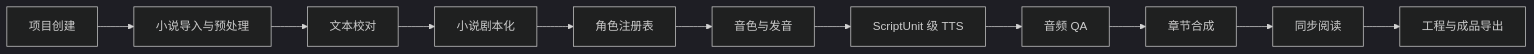
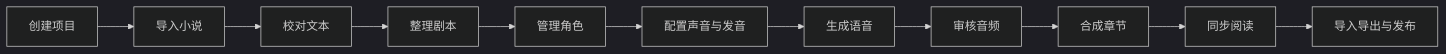
The diagram in README.md (ljwzz/VoxWeaver), drawn with Mermaid (dark theme) before and after one commit. The commit also changed other lines of this file and 19 other files, not shown here.

````diff
--- a/README.md
+++ b/README.md
@@ -7,13 +7,13 @@
 ```mermaid
 flowchart LR
-    A["项目创建"] --> B["小说导入与预处理"]
-    B --> C["文本校对"]
-    C --> D["小说剧本化"]
-    D --> E["角色注册表"]
-    E --> F["音色与发音"]
-    F --> G["ScriptUnit 级 TTS"]
-    G --> H["音频 QA"]
-    H --> I["章节合成"]
+    A["创建项目"] --> B["导入小说"]
+    B --> C["校对文本"]
+    C --> D["整理剧本"]
+    D --> E["管理角色"]
+    E --> F["配置声音与发音"]
+    F --> G["生成语音"]
+    G --> H["审核音频"]
+    H --> I["合成章节"]
     I --> J["同步阅读"]
-    J --> K["工程与成品导出"]
+    J --> K["导入导出与发布"]
 ```
````
